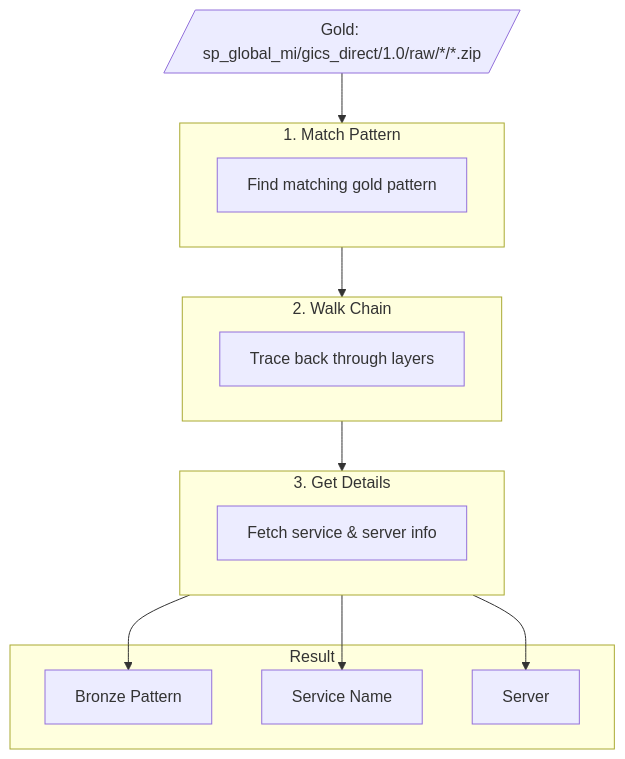
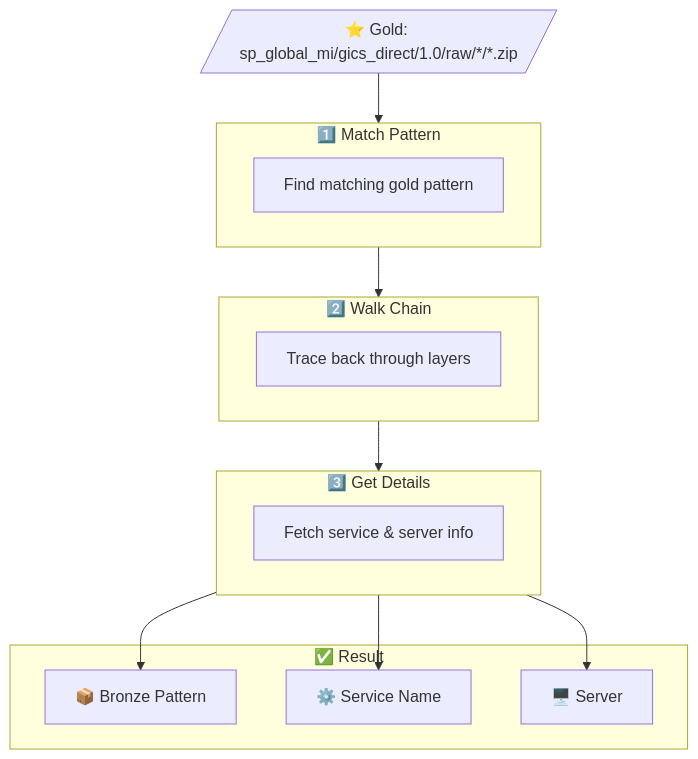
Before and after one commit to ThanuMahee12/AgentContext: the fifth of 22 diagrams in docs/brainstorms/investigation-db.md, drawn with Mermaid. The commit also changed other lines of this file, not shown here.

Commit message:
docs: use Unicode emojis for mermaid diagram support

````diff
--- a/docs/brainstorms/investigation-db.md
+++ b/docs/brainstorms/investigation-db.md
@@ -108,27 +108,27 @@
 ```mermaid
 flowchart TD
-    INPUT[/"Gold: sp_global_mi/gics_direct/1.0/raw/*/*.zip"/]
+    INPUT[/"⭐ Gold: sp_global_mi/gics_direct/1.0/raw/*/*.zip"/]
 
-    subgraph Step1["1. Match Pattern"]
+    subgraph Step1["1️⃣ Match Pattern"]
         MATCH["Find matching gold pattern"]
     end
 
-    subgraph Step2["2. Walk Chain"]
+    subgraph Step2["2️⃣ Walk Chain"]
         CHAIN["Trace back through layers"]
     end
 
-    subgraph Step3["3. Get Details"]
+    subgraph Step3["3️⃣ Get Details"]
         DETAILS["Fetch service & server info"]
     end
 
-    subgraph Result["Result"]
-        R1["Bronze Pattern"]
-        R2["Service Name"]
-        R3["Server"]
+    subgraph Result["✅ Result"]
+        R1["📦 Bronze Pattern"]
+        R2["⚙️ Service Name"]
+        R3["🖥️ Server"]
     end
 
     INPUT --> Step1
     Step1 --> Step2
     Step2 --> Step3
     Step3 --> R1 & R2 & R3
 ```
````
